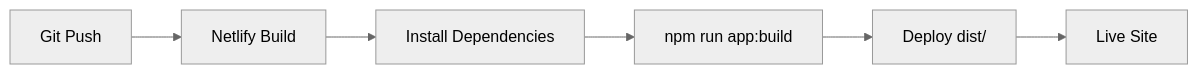
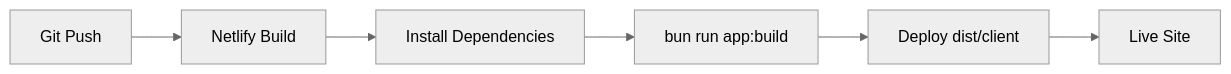
Before and after one commit to ndelangen/tanstack-start: the diagram in docs/deployment.md, drawn with Mermaid (neutral theme). The commit also changed other lines of this file and 1 other file, not shown here.

Commit message:
Update Netlify configuration and deployment documentation to use Bun for build command and adjust publish directory

````diff
--- a/docs/deployment.md
+++ b/docs/deployment.md
@@ -41,8 +41,8 @@
 ```mermaid
 flowchart LR
     Git[Git Push] --> Netlify[Netlify Build]
     Netlify --> Install[Install Dependencies]
-    Install --> Build[npm run app:build]
-    Build --> Deploy[Deploy dist/]
+    Install --> Build[bun run app:build]
+    Build --> Deploy[Deploy dist/client]
     Deploy --> Live[Live Site]
 ```
````
